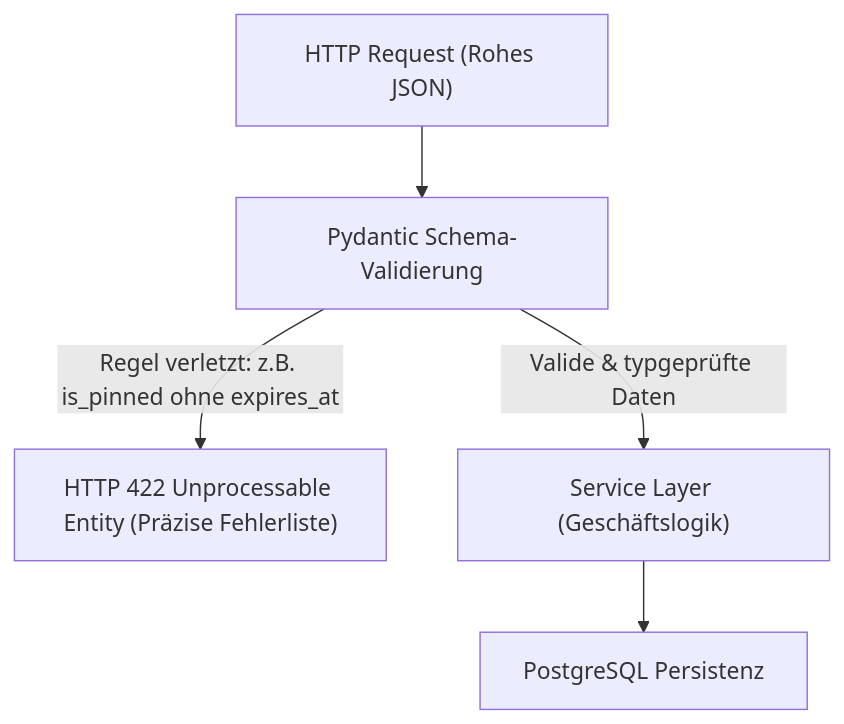
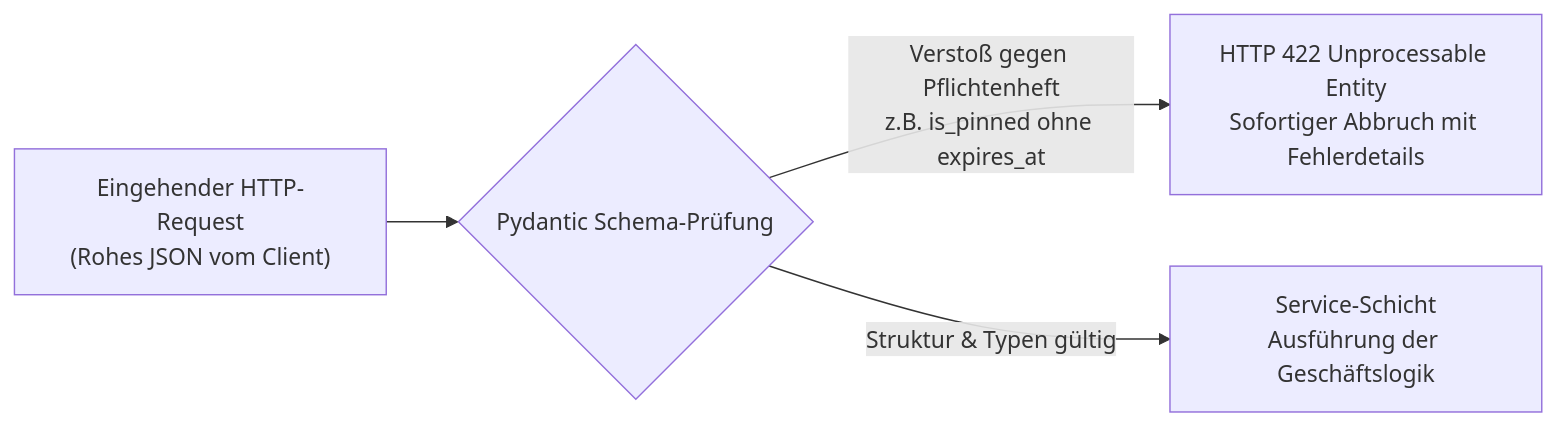
Before and after one commit to Pascal-Thommen/pascal-thommen.github.io: the first of 2 diagrams in content/posts/upa-campus-app-architecture-part-5/index.de.md, drawn with Mermaid. The commit also changed other lines of this file and 25 other files, not shown here.

````diff
--- a/content/posts/upa-campus-app-architecture-part-5/index.de.md
+++ b/content/posts/upa-campus-app-architecture-part-5/index.de.md
@@ -57,7 +37,6 @@
 ```mermaid
-flowchart TD
-    ClientReq["HTTP Request (Rohes JSON)"] --> Parser["Pydantic Schema-Validierung"]
-    Parser -->|Regel verletzt: z.B. is_pinned ohne expires_at| ErrResp["HTTP 422 Unprocessable Entity (Präzise Fehlerliste)"]
-    Parser -->|Valide & typgeprüfte Daten| Domain["Service Layer (Geschäftslogik)"]
-    Domain --> DB["PostgreSQL Persistenz"]
+flowchart LR
+    Req["Eingehender HTTP-Request\n(Rohes JSON vom Client)"] --> Gate{"Pydantic Schema-Prüfung"}
+    Gate -->|Verstoß gegen Pflichtenheft\nz.B. is_pinned ohne expires_at| Reject["HTTP 422 Unprocessable Entity\nSofortiger Abbruch mit Fehlerdetails"]
+    Gate -->|Struktur & Typen gültig| Service["Service-Schicht\nAusführung der Geschäftslogik"]
 ```
````
